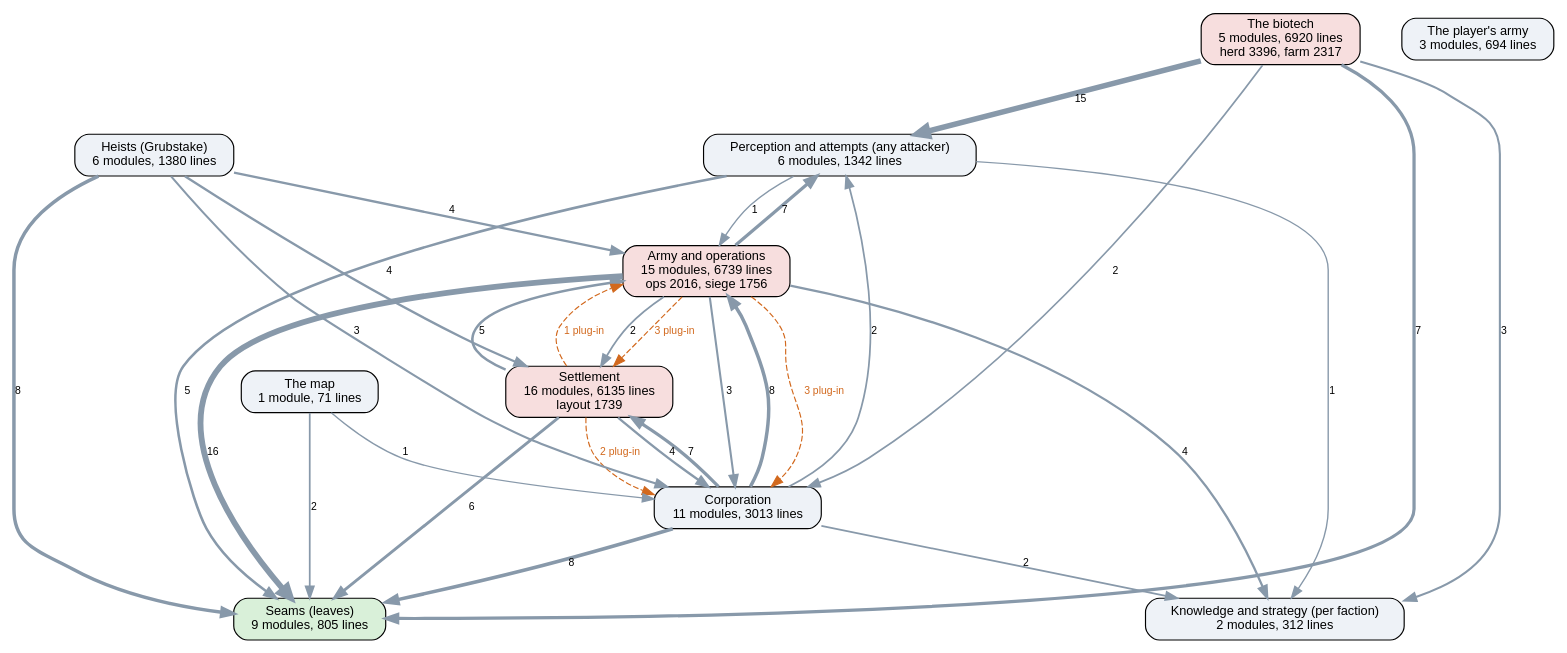
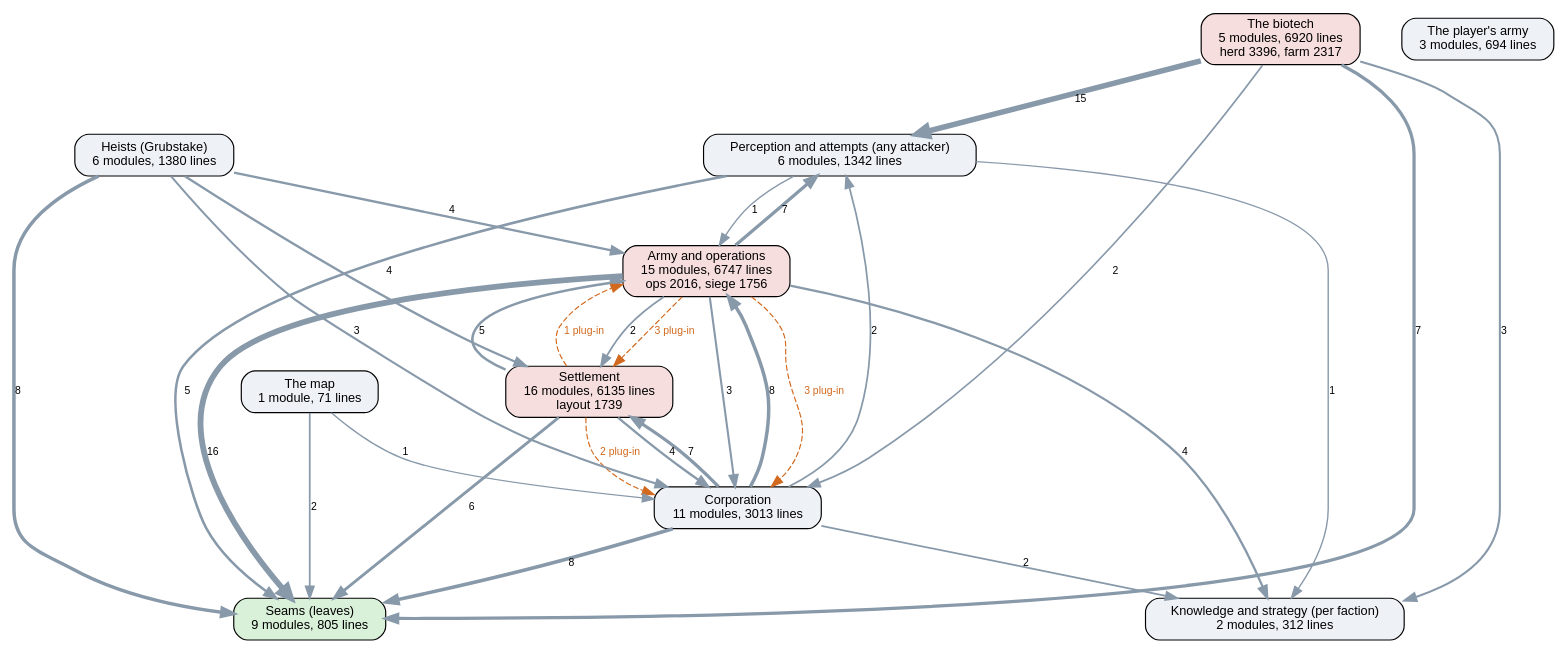
One commit to kinelhu/landing-party changed the diagram in docs/ai-layers.dot. Above: the diagram before and after it, drawn with Graphviz. The commit also changed 12 other files, not shown here.

```diff
--- a/docs/ai-layers.dot
+++ b/docs/ai-layers.dot
@@ -1,45 +1,45 @@
 digraph layers {
   graph [rankdir=TB, fontname="Helvetica", nodesep=0.5, ranksep=0.7];
   node [shape=box, style="rounded,filled", fontname="Helvetica", fontsize=11, fillcolor="#eef2f7"];
   edge [color="#8899aa", fontname="Helvetica", fontsize=9];
   "Seams (leaves)" [label="Seams (leaves)\n9 modules, 805 lines", fillcolor="#d9f0d9"];
   "Perception and attempts (any attacker)" [label="Perception and attempts (any attacker)\n6 modules, 1342 lines", fillcolor="#eef2f7"];
   "Knowledge and strategy (per faction)" [label="Knowledge and strategy (per faction)\n2 modules, 312 lines", fillcolor="#eef2f7"];
   "Corporation" [label="Corporation\n11 modules, 3013 lines", fillcolor="#eef2f7"];
   "Settlement" [label="Settlement\n16 modules, 6135 lines\nlayout 1739", fillcolor="#f7dede"];
-  "Army and operations" [label="Army and operations\n15 modules, 6739 lines\nops 2016, siege 1756", fillcolor="#f7dede"];
+  "Army and operations" [label="Army and operations\n15 modules, 6747 lines\nops 2016, siege 1756", fillcolor="#f7dede"];
   "Heists (Grubstake)" [label="Heists (Grubstake)\n6 modules, 1380 lines", fillcolor="#eef2f7"];
   "The biotech" [label="The biotech\n5 modules, 6920 lines\nherd 3396, farm 2317", fillcolor="#f7dede"];
   "The map" [label="The map\n1 module, 71 lines", fillcolor="#eef2f7"];
   "The player's army" [label="The player's army\n3 modules, 694 lines", fillcolor="#eef2f7"];
   "Army and operations" -> "Corporation" [label="3", penwidth=1.8];
   "Army and operations" -> "Knowledge and strategy (per faction)" [label="4", penwidth=2.0];
   "Army and operations" -> "Perception and attempts (any attacker)" [label="7", penwidth=2.8];
   "Army and operations" -> "Seams (leaves)" [label="16", penwidth=5.0];
   "Army and operations" -> "Settlement" [label="2", penwidth=1.5];
   "Corporation" -> "Army and operations" [label="8", penwidth=3.0];
   "Corporation" -> "Knowledge and strategy (per faction)" [label="2", penwidth=1.5];
   "Corporation" -> "Perception and attempts (any attacker)" [label="2", penwidth=1.5];
   "Corporation" -> "Seams (leaves)" [label="8", penwidth=3.0];
   "Corporation" -> "Settlement" [label="7", penwidth=2.8];
   "Heists (Grubstake)" -> "Army and operations" [label="4", penwidth=2.0];
   "Heists (Grubstake)" -> "Corporation" [label="3", penwidth=1.8];
   "Heists (Grubstake)" -> "Seams (leaves)" [label="8", penwidth=3.0];
   "Heists (Grubstake)" -> "Settlement" [label="4", penwidth=2.0];
   "Perception and attempts (any attacker)" -> "Army and operations" [label="1", penwidth=1.2];
   "Perception and attempts (any attacker)" -> "Knowledge and strategy (per faction)" [label="1", penwidth=1.2];
   "Perception and attempts (any attacker)" -> "Seams (leaves)" [label="5", penwidth=2.2];
   "Settlement" -> "Army and operations" [label="5", penwidth=2.2];
   "Settlement" -> "Corporation" [label="4", penwidth=2.0];
   "Settlement" -> "Seams (leaves)" [label="6", penwidth=2.5];
   "The biotech" -> "Corporation" [label="2", penwidth=1.5];
   "The biotech" -> "Knowledge and strategy (per faction)" [label="3", penwidth=1.8];
   "The biotech" -> "Perception and attempts (any attacker)" [label="15", penwidth=4.8];
   "The biotech" -> "Seams (leaves)" [label="7", penwidth=2.8];
   "The map" -> "Corporation" [label="1", penwidth=1.2];
   "The map" -> "Seams (leaves)" [label="2", penwidth=1.5];
   "Army and operations" -> "Corporation" [style=dashed, color="#d2691e", fontcolor="#d2691e", label="3 plug-in"];
   "Army and operations" -> "Settlement" [style=dashed, color="#d2691e", fontcolor="#d2691e", label="3 plug-in"];
   "Settlement" -> "Army and operations" [style=dashed, color="#d2691e", fontcolor="#d2691e", label="1 plug-in"];
   "Settlement" -> "Corporation" [style=dashed, color="#d2691e", fontcolor="#d2691e", label="2 plug-in"];
 }
```
